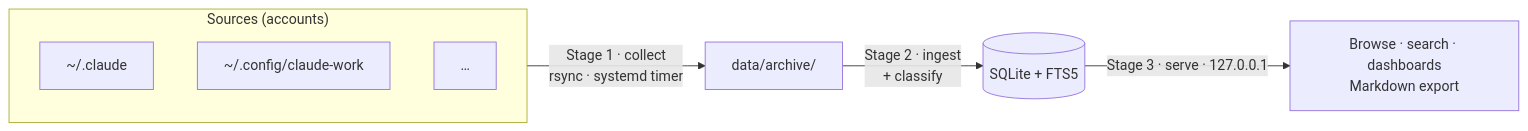
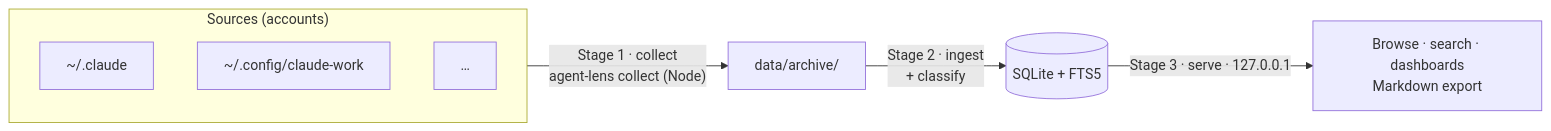
The diagram in README.md (SWEStash/agent-lens), drawn with Mermaid before and after one commit. The commit also changed other lines of this file and 8 other files, not shown here.

First line of the commit message:
docs: update for the agent-lens CLI, cross-platform deploy, and theming

````diff
--- a/README.md
+++ b/README.md
@@ -116,12 +126,12 @@
 ```mermaid
 flowchart LR
   subgraph SRC["Sources (accounts)"]
     direction TB
     A1["~/.claude"]
     A2["~/.config/claude-work"]
     A3["…"]
   end
-  SRC -->|"Stage 1 · collect<br/>rsync · systemd timer"| ARCH["data/archive/"]
+  SRC -->|"Stage 1 · collect<br/>agent-lens collect (Node)"| ARCH["data/archive/"]
   ARCH -->|"Stage 2 · ingest<br/>+ classify"| DB[("SQLite + FTS5")]
   DB -->|"Stage 3 · serve · 127.0.0.1"| WEB["Browse · search · dashboards<br/>Markdown export"]
 ```
````
